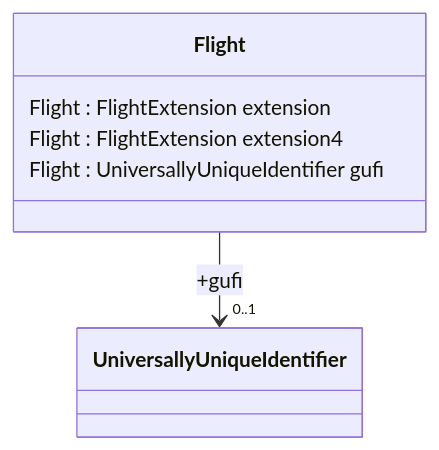
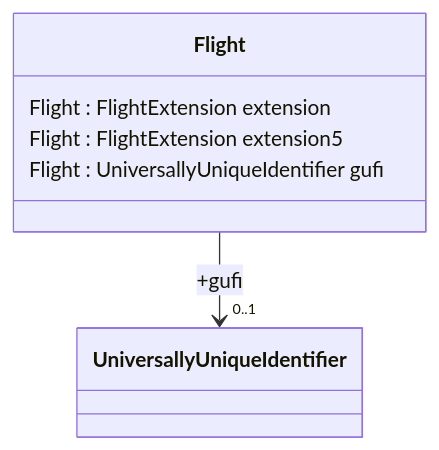
The second of 4 diagrams in docs/fixm/FIXM_UML_in_mermaid.md (du-lapin/test_docsify), drawn with Mermaid before and after one commit. The commit also changed other lines of this file, not shown here.

````diff
--- a/docs/fixm/FIXM_UML_in_mermaid.md
+++ b/docs/fixm/FIXM_UML_in_mermaid.md
@@ -24,9 +24,9 @@
 ```mermaid
 classDiagram
 class Flight{
 Flight : FlightExtension extension
-Flight : FlightExtension extension4
+Flight : FlightExtension extension5
 Flight : UniversallyUniqueIdentifier gufi
 }
 Flight --> "0..1"  UniversallyUniqueIdentifier : +gufi
 ```
````
